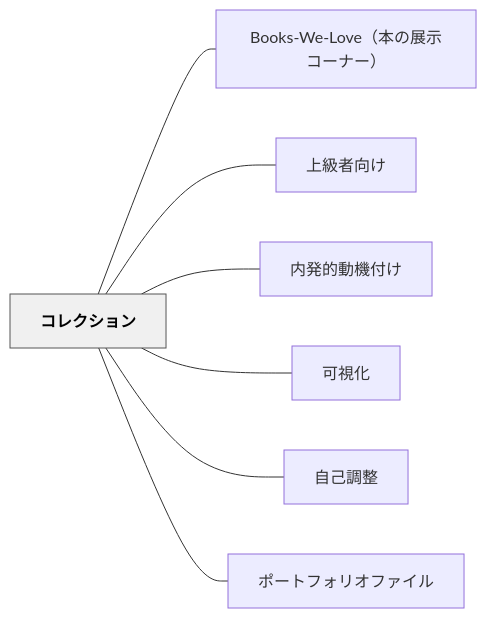
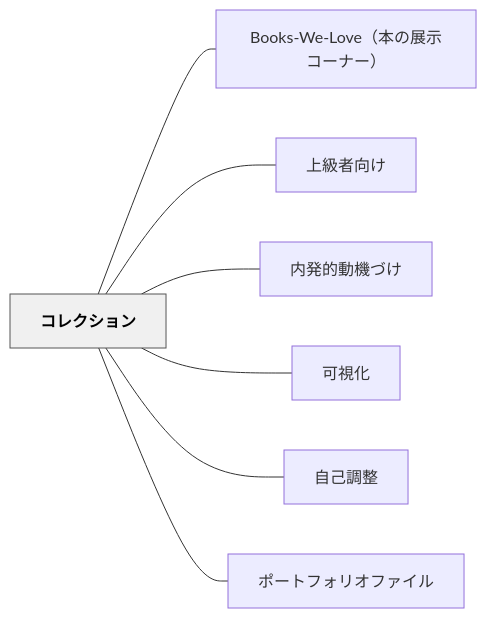
One commit to unknownthings-ed-patterns/unknownthings-ed-patterns changed the diagram in content/パタン/コレクション.md. Above: the diagram before and after it, drawn with Mermaid. The commit also changed other lines of this file and 234 other files, not shown here.

````diff
--- a/content/パタン/コレクション.md
+++ b/content/パタン/コレクション.md
@@ -79,20 +79,20 @@
 ```mermaid
 flowchart LR
     ne382b3e383ace382afe382b7e383a7e383b3["コレクション"]
     n426f6f6b732d57652d4c6f7665efbc88e69cace381aee5b195e7a4bae382b3e383bce3838ae383bcefbc89["Books-We-Love（本の展示コーナー）"]
     ne4b88ae7b49ae88085e59091e38191["上級者向け"]
-    ne58685e799bae79a84e58b95e6a99fe4bb98e38191["内発的動機付け"]
+    ne58685e799bae79a84e58b95e6a99fe381a5e38191["内発的動機づけ"]
     ne58fafe8a696e58c96["可視化"]
     ne887aae5b7b1e8aabfe695b4["自己調整"]
     ne3839de383bce38388e38395e382a9e383aae382aae38395e382a1e382a4e383ab["ポートフォリオファイル"]
 
     ne382b3e383ace382afe382b7e383a7e383b3 --- n426f6f6b732d57652d4c6f7665efbc88e69cace381aee5b195e7a4bae382b3e383bce3838ae383bcefbc89
     ne382b3e383ace382afe382b7e383a7e383b3 --- ne4b88ae7b49ae88085e59091e38191
-    ne382b3e383ace382afe382b7e383a7e383b3 --- ne58685e799bae79a84e58b95e6a99fe4bb98e38191
+    ne382b3e383ace382afe382b7e383a7e383b3 --- ne58685e799bae79a84e58b95e6a99fe381a5e38191
     ne382b3e383ace382afe382b7e383a7e383b3 --- ne58fafe8a696e58c96
     ne382b3e383ace382afe382b7e383a7e383b3 --- ne887aae5b7b1e8aabfe695b4
     ne382b3e383ace382afe382b7e383a7e383b3 --- ne3839de383bce38388e38395e382a9e383aae382aae38395e382a1e382a4e383ab
 
     classDef hub fill:#f0f0f0,stroke:#555,color:#000,font-weight:bold
     class ne382b3e383ace382afe382b7e383a7e383b3 hub
 ```
````
